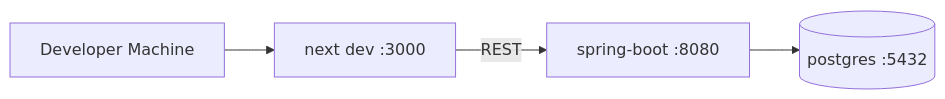
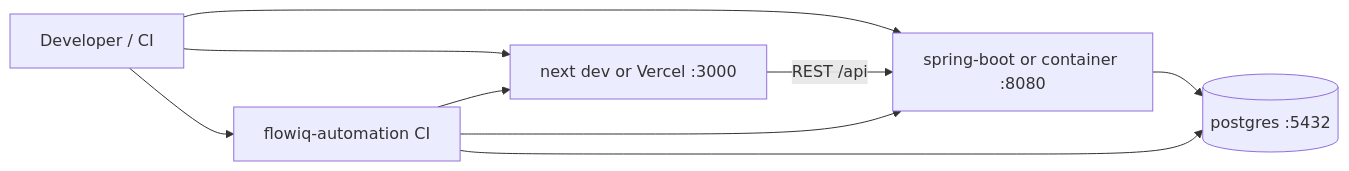
Before and after one commit to YevheniiaDem/flowiq-backend: the third of 3 diagrams in docs/architecture/system-overview.md, drawn with Mermaid. The commit also changed other lines of this file and 41 other files, not shown here.

First line of the commit message:
Add product docs, architecture handbook, security audit, and prod hardening.

````diff
--- a/docs/architecture/system-overview.md
+++ b/docs/architecture/system-overview.md
@@ -94,11 +102,13 @@
 ```mermaid
 flowchart LR
-    DEV[Developer Machine]
-    FE[next dev :3000]
-    BE[spring-boot :8080]
+    DEV[Developer / CI]
+    FE[next dev or Vercel :3000]
+    BE[spring-boot or container :8080]
     PG[(postgres :5432)]
+    AUTO[flowiq-automation CI]
 
-    DEV --> FE
-    FE -->|REST| BE
+    DEV --> FE & BE & AUTO
+    FE -->|REST /api| BE
     BE --> PG
+    AUTO --> FE & BE & PG
 ```
````
